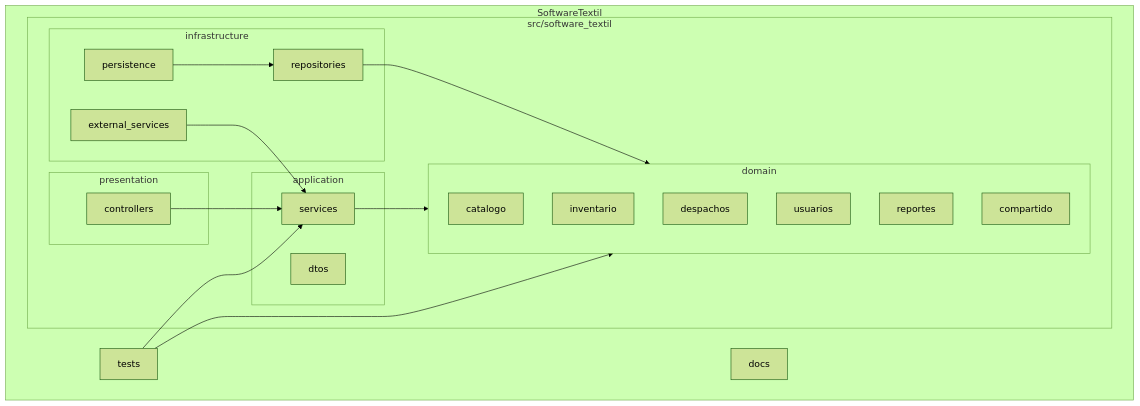
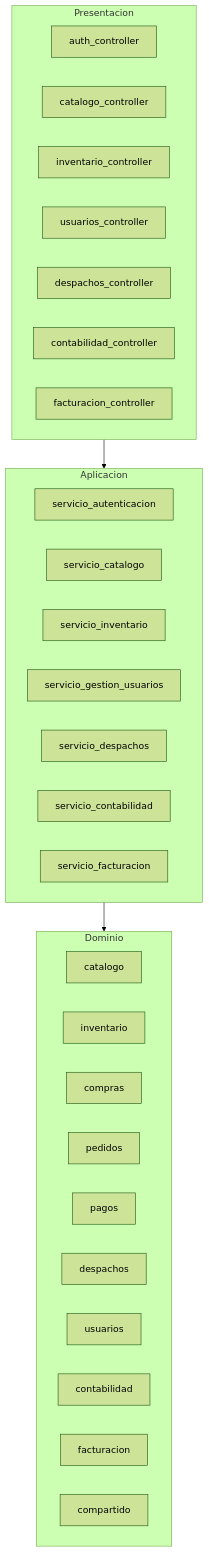
The second of 3 diagrams in docs/arquitectura.md (javierRock/SoftwareTextil), drawn with Mermaid (forest theme) before and after one commit. The commit also changed other lines of this file and 149 other files, not shown here.

````diff
--- a/docs/arquitectura.md
+++ b/docs/arquitectura.md
@@ -43,41 +47,38 @@
 ```mermaid
 flowchart TB
-    subgraph Root["SoftwareTextil"]
-        Docs["docs"]
-        Tests["tests"]
-
-        subgraph Src["src/software_textil"]
-            subgraph Presentation["presentation"]
-                Controllers["controllers"]
-            end
-
-            subgraph Application["application"]
-                Services["services"]
-                DTOs["dtos"]
-            end
-
-            subgraph Domain["domain"]
-                Catalogo["catalogo"]
-                Inventario["inventario"]
-                Despachos["despachos"]
-                Usuarios["usuarios"]
-                Reportes["reportes"]
-                Compartido["compartido"]
-            end
-
-            subgraph Infrastructure["infrastructure"]
-                Persistence["persistence"]
-                Repositories["repositories"]
-                External["external_services"]
-            end
-        end
+    subgraph Web["Presentacion"]
+        AuthC["auth_controller"]
+        CatalogoC["catalogo_controller"]
+        InventarioC["inventario_controller"]
+        UsuariosC["usuarios_controller"]
+        DespachosC["despachos_controller"]
+        ContabilidadC["contabilidad_controller"]
+        FacturacionC["facturacion_controller"]
     end
 
-    Controllers --> Services
-    Services --> Domain
-    Repositories --> Domain
-    Persistence --> Repositories
-    External --> Services
-    Tests --> Domain
-    Tests --> Services
+    subgraph App["Aplicacion"]
+        AuthS["servicio_autenticacion"]
+        CatalogoS["servicio_catalogo"]
+        InventarioS["servicio_inventario"]
+        UsuariosS["servicio_gestion_usuarios"]
+        DespachosS["servicio_despachos"]
+        ContabilidadS["servicio_contabilidad"]
+        FacturacionS["servicio_facturacion"]
+    end
+
+    subgraph Domain["Dominio"]
+        Catalogo["catalogo"]
+        Inventario["inventario"]
+        Compras["compras"]
+        Pedidos["pedidos"]
+        Pagos["pagos"]
+        Despachos["despachos"]
+        Usuarios["usuarios"]
+        Contabilidad["contabilidad"]
+        Facturacion["facturacion"]
+        Compartido["compartido"]
+    end
+
+    Web --> App
+    App --> Domain
 ```
````
